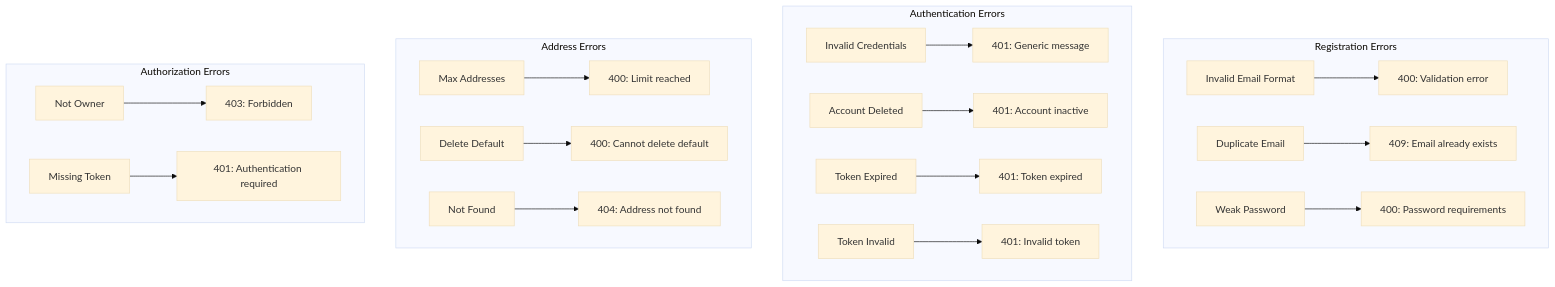
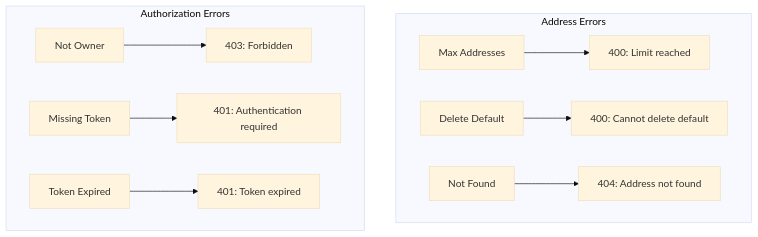
Before and after one commit to QuinntyneBrown/Vult: diagram 13 of 14 in docs/specs/customer/02-use-case-diagrams.md, drawn with Mermaid (base theme). The commit also changed other lines of this file and 4 other files, not shown here.

````diff
--- a/docs/specs/customer/02-use-case-diagrams.md
+++ b/docs/specs/customer/02-use-case-diagrams.md
@@ -722,26 +425,14 @@
 ```mermaid
 flowchart TD
-    subgraph "Registration Errors"
-        RE1[Invalid Email Format] --> RE1A[400: Validation error]
-        RE2[Duplicate Email] --> RE2A[409: Email already exists]
-        RE3[Weak Password] --> RE3A[400: Password requirements]
-    end
-
-    subgraph "Authentication Errors"
-        AE1[Invalid Credentials] --> AE1A[401: Generic message]
-        AE2[Account Deleted] --> AE2A[401: Account inactive]
-        AE3[Token Expired] --> AE3A[401: Token expired]
-        AE4[Token Invalid] --> AE4A[401: Invalid token]
-    end
-
     subgraph "Address Errors"
         AD1[Max Addresses] --> AD1A[400: Limit reached]
         AD2[Delete Default] --> AD2A[400: Cannot delete default]
         AD3[Not Found] --> AD3A[404: Address not found]
     end
 
     subgraph "Authorization Errors"
         AU1[Not Owner] --> AU1A[403: Forbidden]
         AU2[Missing Token] --> AU2A[401: Authentication required]
+        AU3[Token Expired] --> AU3A[401: Token expired]
     end
 ```
````
